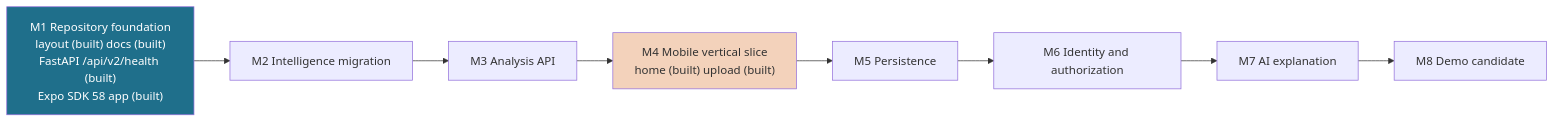
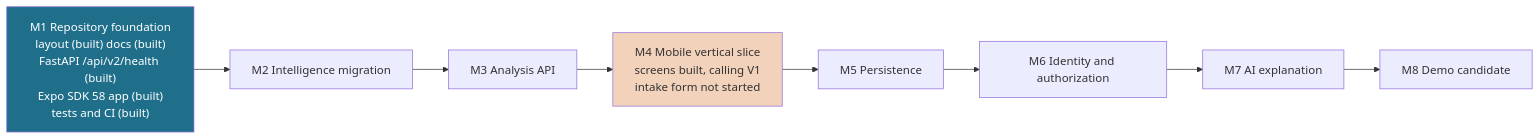
Diagram 11 of 11 in docs/architecture/V2_ARCHITECTURE_DIAGRAMS.md (raul559/Capstone460v2), drawn with Mermaid before and after one commit. The commit also changed other lines of this file and 7 other files, not shown here.

````diff
--- a/docs/architecture/V2_ARCHITECTURE_DIAGRAMS.md
+++ b/docs/architecture/V2_ARCHITECTURE_DIAGRAMS.md
@@ -464,16 +470,16 @@
 ```mermaid
 flowchart LR
-    m1["M1 Repository foundation<br/>layout (built) docs (built)<br/>FastAPI /api/v2/health (built)<br/>Expo SDK 58 app (built)"]
+    m1["M1 Repository foundation<br/>layout (built) docs (built)<br/>FastAPI /api/v2/health (built)<br/>Expo SDK 58 app (built)<br/>tests and CI (built)"]
     m2["M2 Intelligence migration"]
     m3["M3 Analysis API"]
-    m4["M4 Mobile vertical slice<br/>home (built) upload (built)"]
+    m4["M4 Mobile vertical slice<br/>screens built, calling V1<br/>intake form not started"]
     m5["M5 Persistence"]
     m6["M6 Identity and authorization"]
     m7["M7 AI explanation"]
     m8["M8 Demo candidate"]
 
     m1 --> m2 --> m3 --> m4 --> m5 --> m6 --> m7 --> m8
 
     style m1 fill:#1f6f8b,color:#ffffff
     style m4 fill:#f3d2bb
 ```
````
